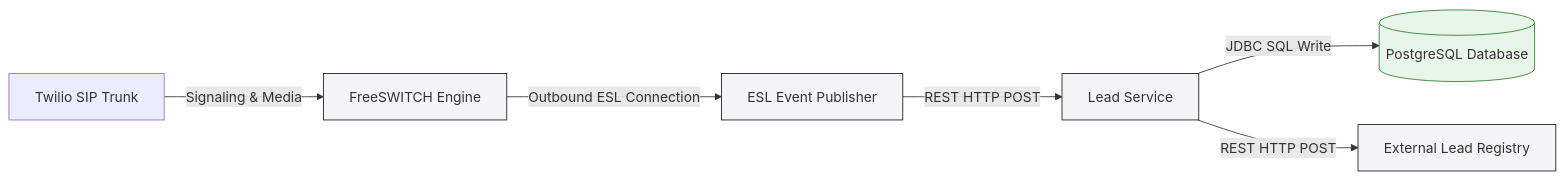
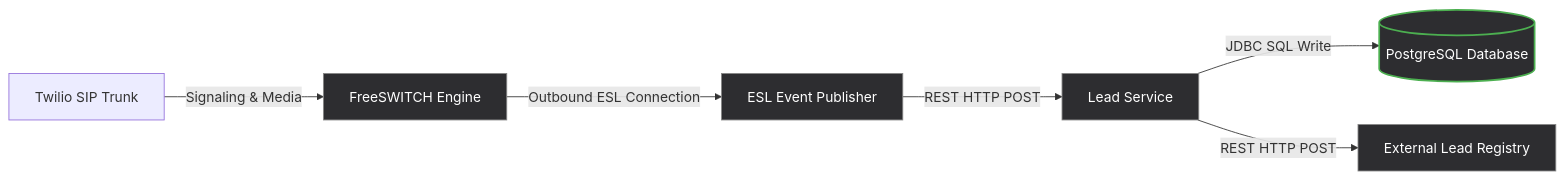
One commit to A5HW1NRA7AN/Telephony-Service changed the diagram in README.md. Above: the diagram before and after it, drawn with Mermaid. The commit also changed other lines of this file, not shown here.

````diff
--- a/README.md
+++ b/README.md
@@ -23,11 +23,11 @@
 ```mermaid
 flowchart LR
-    classDef comp fill:#f5f5f7,stroke:#1d1d1f,stroke-width:1px;
-    classDef database fill:#e8f5e9,stroke:#2e7d32,stroke-width:1px;
+    classDef comp fill:#2d2d30,stroke:#858585,stroke-width:1px,color:#ffffff;
+classDef database fill:#2d2d30,stroke:#4caf50,stroke-width:2px,color:#ffffff;
 
     SIP[Twilio SIP Trunk] -->|Signaling & Media| FS[FreeSWITCH Engine]:::comp
     FS -->|Outbound ESL Connection| EP[ESL Event Publisher]:::comp
     EP -->|REST HTTP POST| LS[Lead Service]:::comp
     LS -->|JDBC SQL Write| DB[(PostgreSQL Database)]:::database
     LS -->|REST HTTP POST| REG[External Lead Registry]:::comp
 ```
````
